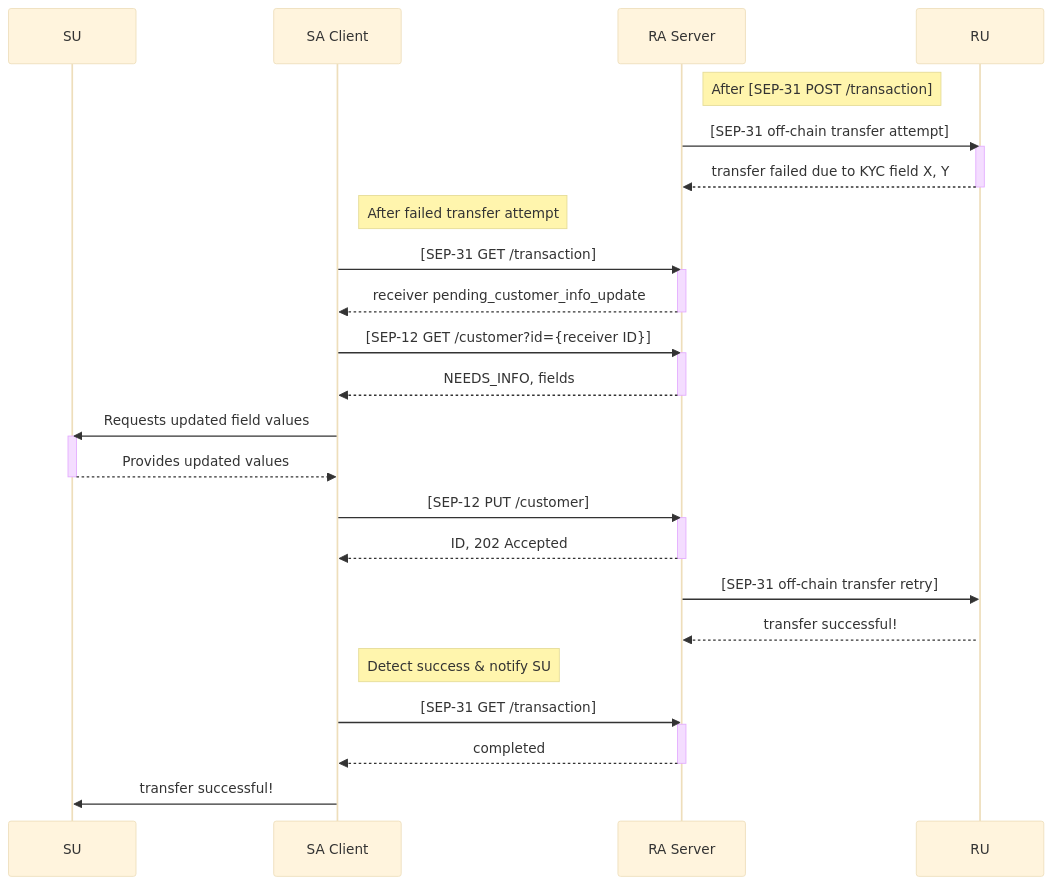
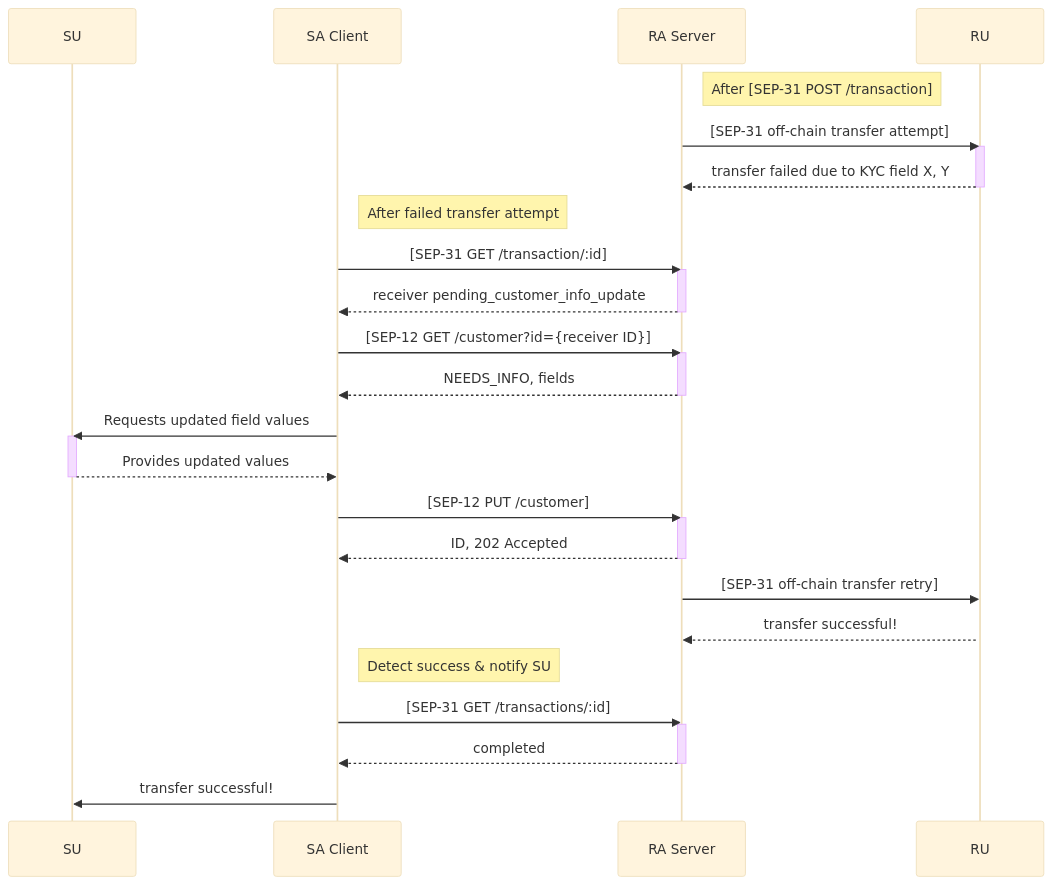
Before and after one commit to stellar/new-docs: the second of 3 diagrams in content/docs/anchoring-assets/enabling-cross-border-payments/setting-up-test-server.mdx, drawn with Mermaid (base theme). The commit also changed other lines of this file, not shown here.

Commit message:
finished test server page

````diff
--- a/content/docs/anchoring-assets/enabling-cross-border-payments/setting-up-test-server.mdx
+++ b/content/docs/anchoring-assets/enabling-cross-border-payments/setting-up-test-server.mdx
@@ -185,38 +185,38 @@
 ```mermaid
 sequenceDiagram
     participant SU
     participant SA Client
     participant RA Server
     participant RU
     note right of RA Server: After [SEP-31 POST /transaction]
     RA Server->>RU: [SEP-31 off-chain transfer attempt]
     activate RU
     RU-->>RA Server: transfer failed due to KYC field X, Y
     deactivate RU
     note right of SA Client: After failed transfer attempt
-    SA Client->>RA Server: [SEP-31 GET /transaction]
+    SA Client->>RA Server: [SEP-31 GET /transaction/:id]
     activate RA Server
     RA Server-->>SA Client: receiver pending_customer_info_update
     deactivate RA Server
     SA Client->>RA Server: [SEP-12 GET /customer?id={receiver ID}]
     activate RA Server
     RA Server-->>SA Client: NEEDS_INFO, fields
     deactivate RA Server
     SA Client->>SU: Requests updated field values
     activate SU
     SU-->>SA Client: Provides updated values
     deactivate SU
     SA Client->>RA Server: [SEP-12 PUT /customer]
     activate RA Server
     RA Server-->>SA Client: ID, 202 Accepted
     deactivate RA Server
     RA Server->>RU: [SEP-31 off-chain transfer retry]
     activate RU
     RU-->>RA Server: transfer successful!
     note right of SA Client: Detect success & notify SU
-    SA Client->>RA Server: [SEP-31 GET /transaction]
+    SA Client->>RA Server: [SEP-31 GET /transactions/:id]
     activate RA Server
     RA Server-->>SA Client: completed
     deactivate RA Server
     SA Client->>SU: transfer successful!
 ```
````
